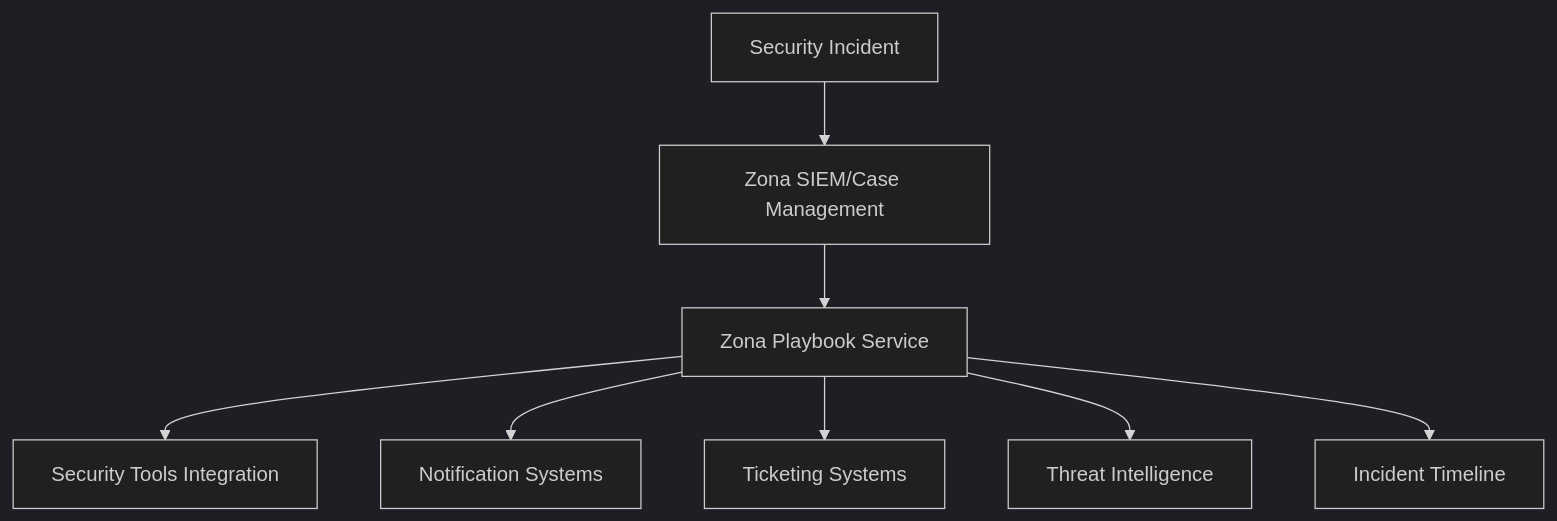
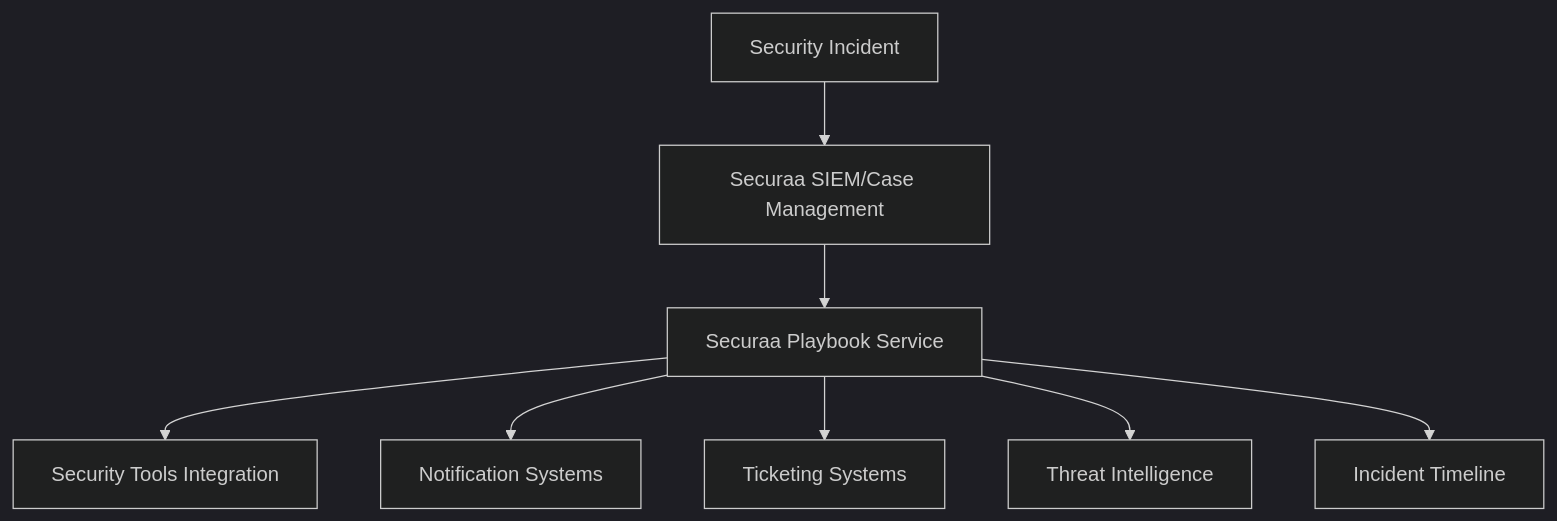
The first of 9 diagrams in HIGH_LEVEL_DESIGN.md (Vishwa0220/securaa-internal-documents), drawn with Mermaid (dark theme) before and after one commit. The commit also changed other lines of this file, not shown here.

Commit message:
Update HIGH_LEVEL_DESIGN.md: replace zona with securaa and reduce code block spacing

````diff
--- a/HIGH_LEVEL_DESIGN.md
+++ b/HIGH_LEVEL_DESIGN.md
@@ -39,10 +39,10 @@
 ```mermaid
 graph TB
-    A[Security Incident] --> B[Zona SIEM/Case Management]
-    B --> C[Zona Playbook Service]
+    A[Security Incident] --> B[Securaa SIEM/Case Management]
+    B --> C[Securaa Playbook Service]
     C --> D[Security Tools Integration]
     C --> E[Notification Systems]
     C --> F[Ticketing Systems]
     C --> G[Threat Intelligence]
     C --> H[Incident Timeline]
 ```
````
